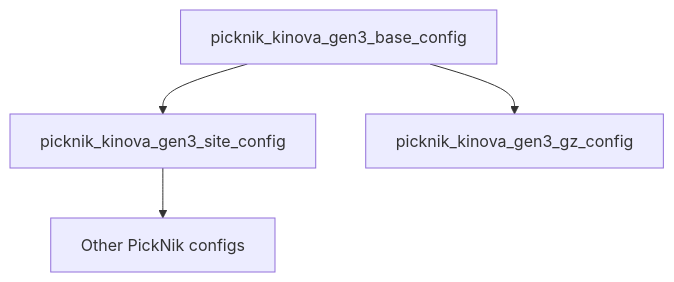
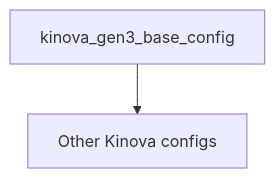
The diagram in README.md (PickNikRobotics/moveit_studio_kortex_ws), drawn with Mermaid before and after one commit. The commit also changed other lines of this file and 9 other files, not shown here.

Commit message:
Remove unused site config and update docs

````diff
--- a/README.md
+++ b/README.md
@@ -22,6 +22,4 @@
 ```mermaid
 graph TB
-Base[picknik_kinova_gen3_base_config] --> Site[picknik_kinova_gen3_site_config]
-Base --> Gazebo[picknik_kinova_gen3_gz_config]
-Site --> Picknik[Other PickNik configs]
+Base[kinova_gen3_base_config] --> Other[Other Kinova configs]
 ```
````
